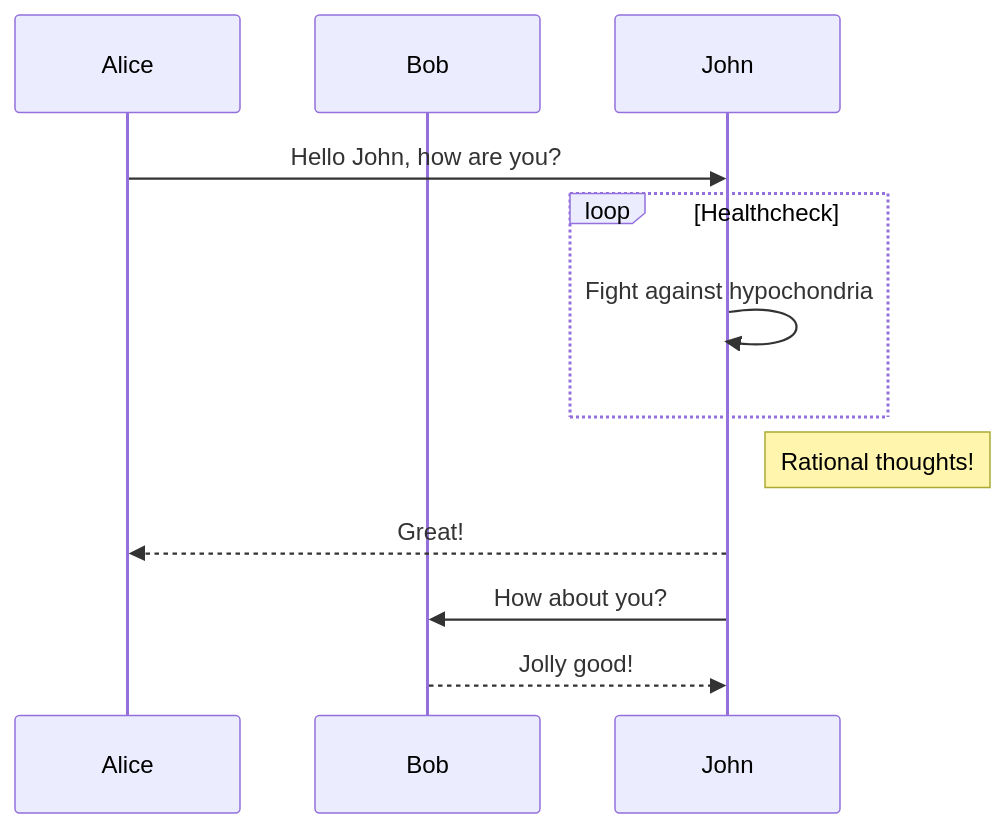
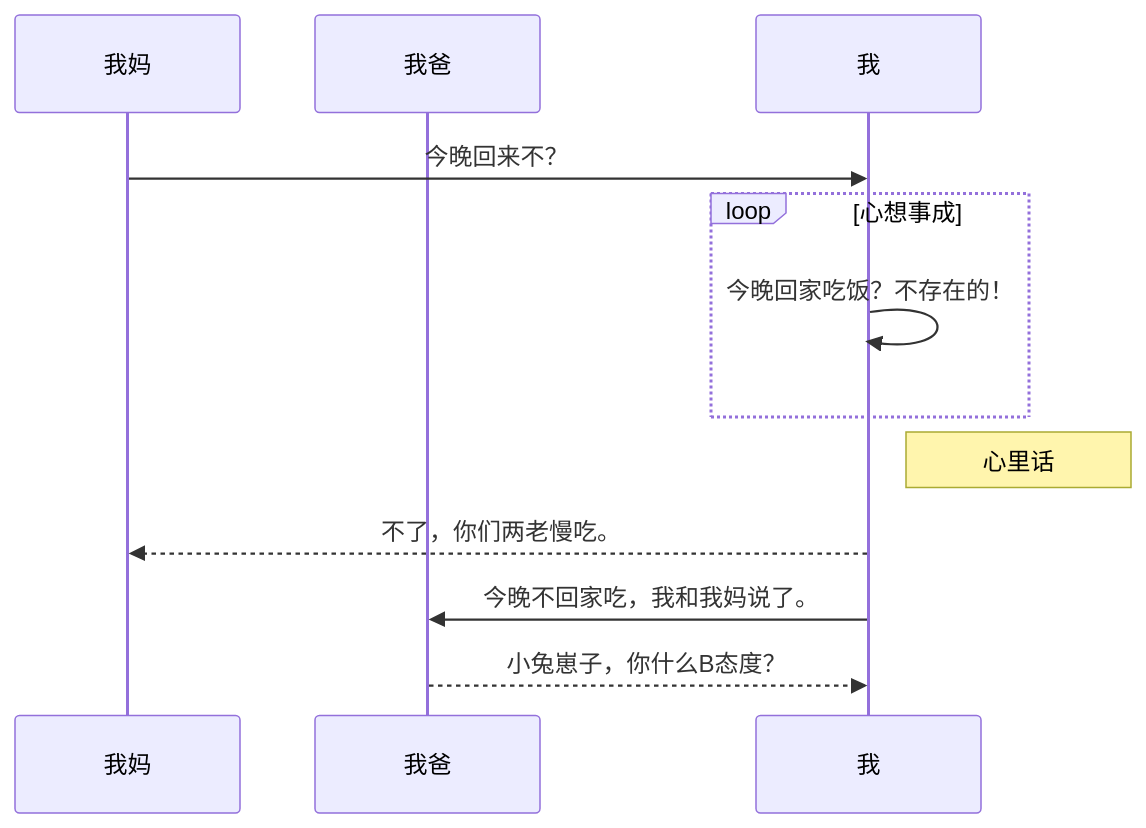
The second of 6 diagrams in Markdown-Syntax-Demo-Chinese.md (HelloWarden666/Markdown-Syntax-Demo), drawn with Mermaid before and after one commit. The commit also changed other lines of this file, not shown here.

````diff
--- a/Markdown-Syntax-Demo-Chinese.md
+++ b/Markdown-Syntax-Demo-Chinese.md
@@ -182,13 +182,14 @@
    ```mermaid
    sequenceDiagram
-   participant Alice
-   participant Bob
-   Alice->>John: Hello John, how are you?
-   loop Healthcheck
-      John->>John: Fight against hypochondria
+   participant 我妈
+   participant 我爸
+   我妈->>我: 今晚回来不？
+   loop 心想事成
+      我->>我: 今晚回家吃饭？不存在的！
    end
-   Note right of John: Rational thoughts!
-   John-->>Alice: Great!
-   John->>Bob: How about you?
-   Bob-->>John: Jolly good!
+
+   Note right of 我: 心里话
+   我-->>我妈: 不了，你们两老慢吃。
+   我->>我爸: 今晚不回家吃，我和我妈说了。
+   我爸-->>我: 小兔崽子，你什么B态度？
    ```
````
